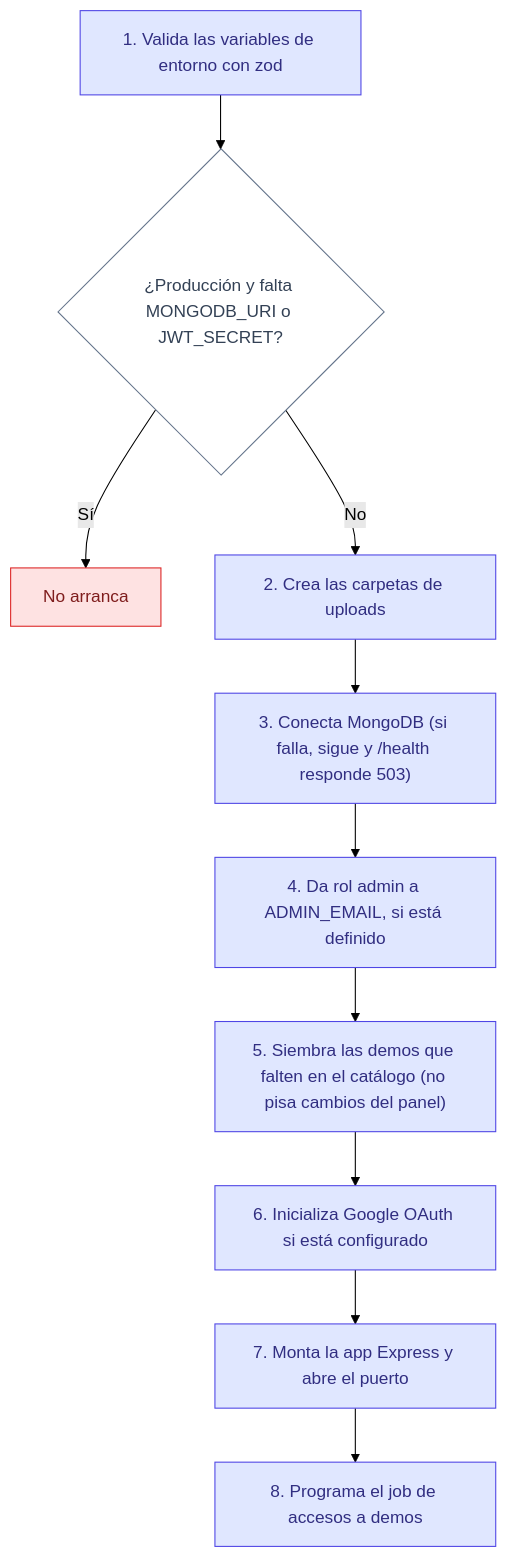
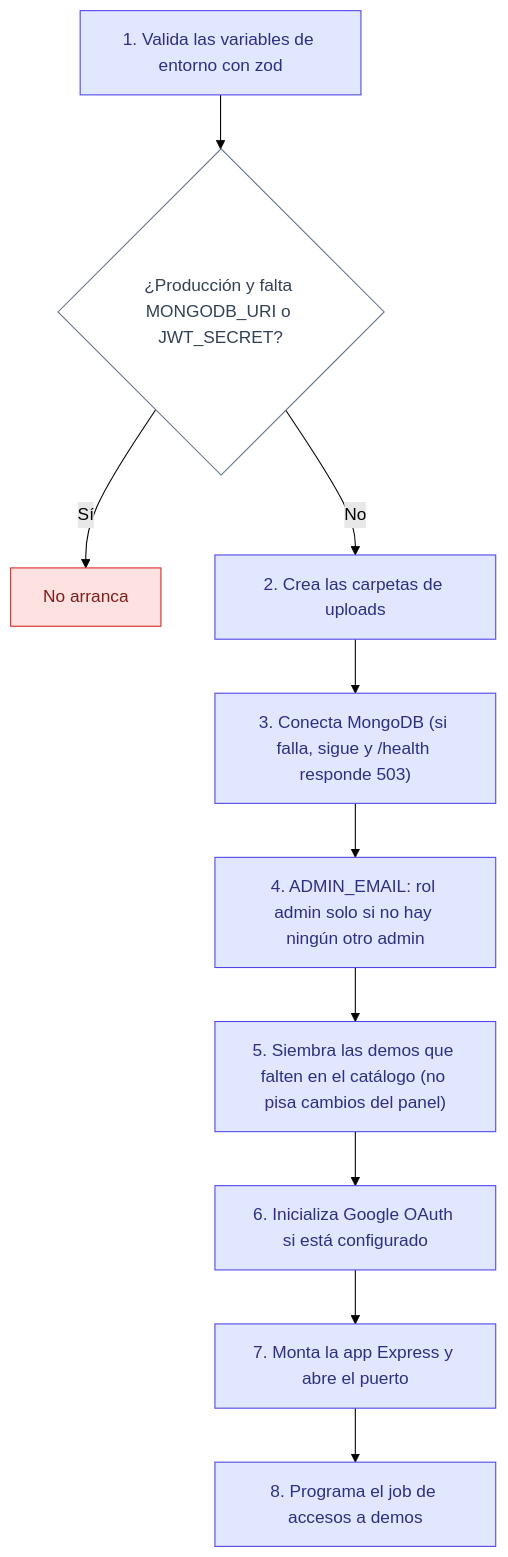
The eighth of 8 diagrams in docs/wiki/Doc-01-Arquitectura.md (ronalc90/koptup), drawn with Mermaid (forest theme) before and after one commit. The commit also changed other lines of this file and 245 other files, not shown here.

````diff
--- a/docs/wiki/Doc-01-Arquitectura.md
+++ b/docs/wiki/Doc-01-Arquitectura.md
@@ -440,21 +437,21 @@
 ```mermaid
 flowchart TD
     classDef sistema fill:#e0e7ff,stroke:#4f46e5,color:#312e81
     classDef decision fill:#fff,stroke:#64748b,color:#334155
     classDef error fill:#fee2e2,stroke:#dc2626,color:#7f1d1d
 
     A["1. Valida las variables de entorno con zod"]:::sistema
     B{"¿Producción y falta MONGODB_URI o JWT_SECRET?"}:::decision
     X["No arranca"]:::error
     C["2. Crea las carpetas de uploads"]:::sistema
     D["3. Conecta MongoDB (si falla, sigue y /health responde 503)"]:::sistema
-    E["4. Da rol admin a ADMIN_EMAIL, si está definido"]:::sistema
+    E["4. ADMIN_EMAIL: rol admin solo si no hay ningún otro admin"]:::sistema
     F["5. Siembra las demos que falten en el catálogo (no pisa cambios del panel)"]:::sistema
     G["6. Inicializa Google OAuth si está configurado"]:::sistema
     H["7. Monta la app Express y abre el puerto"]:::sistema
     J["8. Programa el job de accesos a demos"]:::sistema
 
     A --> B
     B -->|"Sí"| X
     B -->|"No"| C --> D --> E --> F --> G --> H --> J
 ```
````
